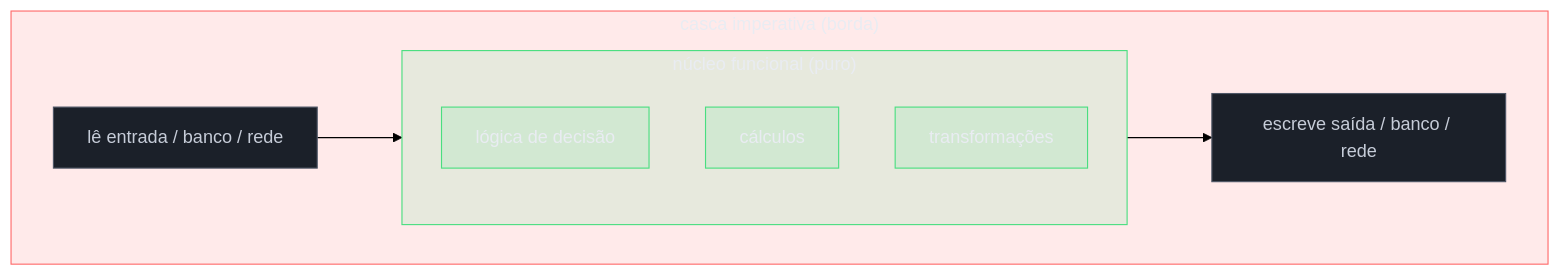
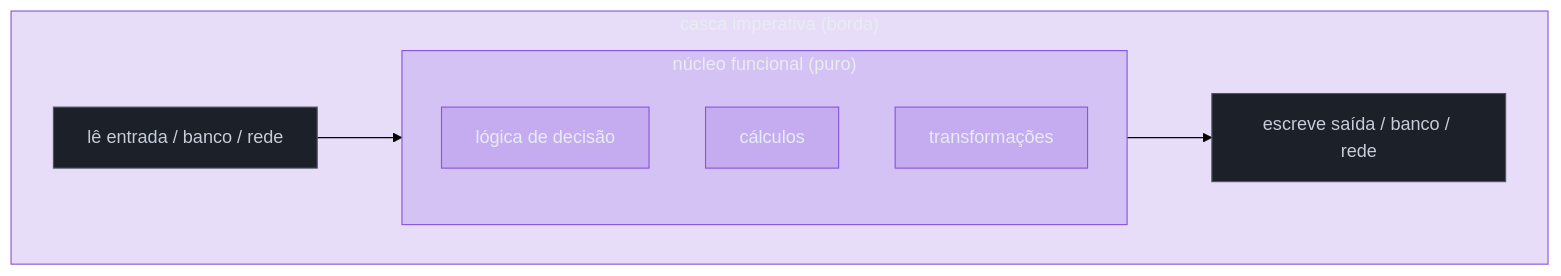
The fourth of 4 diagrams in 03-Dominios/Ciência/Paradigmas/07 - Funções puras e efeitos colaterais.md (josenaldo/codex-technomanticus), drawn with Mermaid (forest theme) before and after one commit. The commit also changed other lines of this file and 601 other files, not shown here.

````diff
--- a/03-Dominios/Ciência/Paradigmas/07 - Funções puras e efeitos colaterais.md
+++ b/03-Dominios/Ciência/Paradigmas/07 - Funções puras e efeitos colaterais.md
@@ -205,23 +204,22 @@
 ```mermaid
 flowchart TB
-    classDef falha fill:#FF6B6B24,stroke:#FF6B6B,color:#E9ECF2
-    classDef ok fill:#4ADE8021,stroke:#4ADE80,color:#E9ECF2
+    classDef marca fill:#8855DF33,stroke:#8855DF,color:#E9ECF2
     classDef neutro fill:#1B2029,stroke:#4E5666,color:#C6CCD8
     subgraph SHELL["casca imperativa (borda)"]
         IN["lê entrada / banco / rede"] --> CORE
         CORE --> OUT["escreve saída / banco / rede"]
         subgraph CORE["núcleo funcional (puro)"]
             L["lógica de decisão"]
             C["cálculos"]
             T["transformações"]
         end
     end
 
-    class SHELL falha
-    class CORE ok
-    class L ok
-    class C ok
-    class T ok
+    class SHELL marca
+    class CORE marca
+    class L marca
+    class C marca
+    class T marca
     class IN neutro
     class OUT neutro
 ```
````
